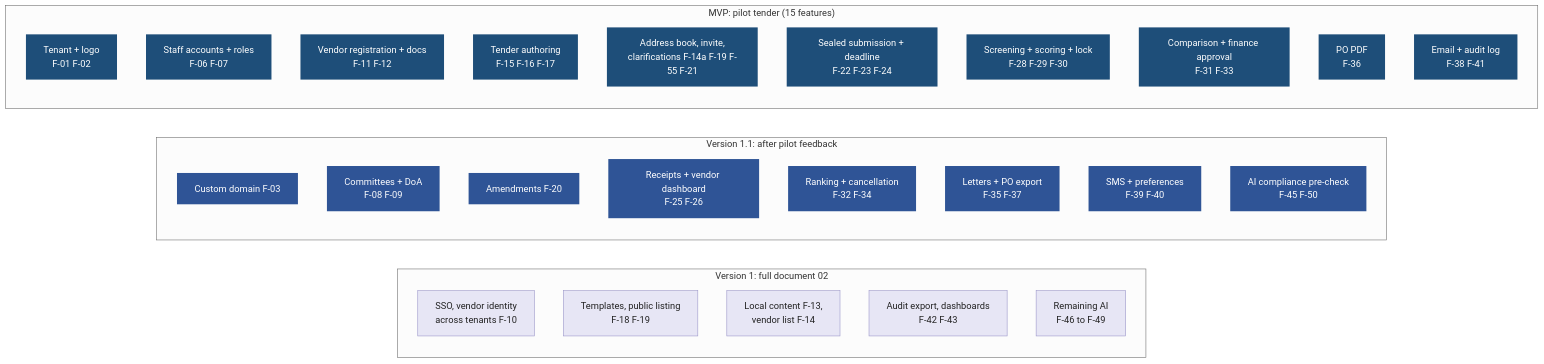
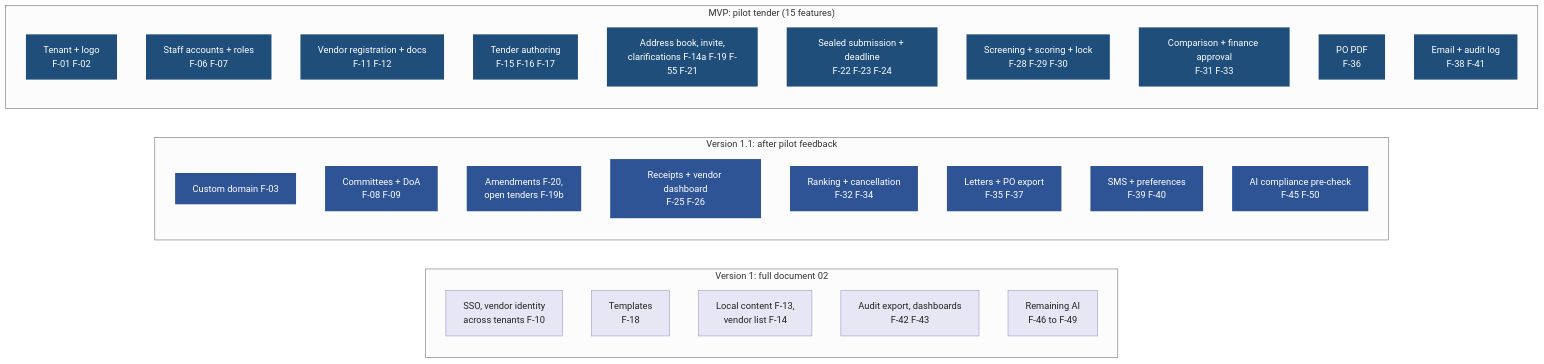
Before and after one commit to AhmedAssaf/ERP: the first of 2 diagrams in docs/05-mvp-scope.md, drawn with Mermaid (neutral theme). The commit also changed other lines of this file and 2 other files, not shown here.

Commit message:
Define open versus invited tenders (F-19) and add F-19b public listing

````diff
--- a/docs/05-mvp-scope.md
+++ b/docs/05-mvp-scope.md
@@ -17,41 +17,41 @@
 ```mermaid
 flowchart LR
     classDef mvp fill:#1E4E79,color:#fff,stroke:none
     classDef next fill:#2F5496,color:#fff,stroke:none
     classDef v1 fill:#E7E6F5,color:#222,stroke:#9B96C9
 
     subgraph R3["Version 1: full document 02"]
         direction TB
         C1[SSO, vendor identity<br/>across tenants F-10]:::v1
-        C2[Templates, public listing<br/>F-18 F-19]:::v1
+        C2[Templates<br/>F-18]:::v1
         C3[Local content F-13,<br/>vendor list F-14]:::v1
         C4[Audit export, dashboards<br/>F-42 F-43]:::v1
         C5[Remaining AI<br/>F-46 to F-49]:::v1
     end
 
     subgraph R2["Version 1.1: after pilot feedback"]
         direction TB
         B1[Custom domain F-03]:::next
         B2[Committees + DoA<br/>F-08 F-09]:::next
-        B3[Amendments F-20]:::next
+        B3[Amendments F-20,<br/>open tenders F-19b]:::next
         B4[Receipts + vendor dashboard<br/>F-25 F-26]:::next
         B5[Ranking + cancellation<br/>F-32 F-34]:::next
         B6[Letters + PO export<br/>F-35 F-37]:::next
         B7[SMS + preferences<br/>F-39 F-40]:::next
         B8[AI compliance pre-check<br/>F-45 F-50]:::next
     end
 
     subgraph R1["MVP: pilot tender (15 features)"]
         direction TB
         A1[Tenant + logo<br/>F-01 F-02]:::mvp
         A2[Staff accounts + roles<br/>F-06 F-07]:::mvp
         A3[Vendor registration + docs<br/>F-11 F-12]:::mvp
         A4[Tender authoring<br/>F-15 F-16 F-17]:::mvp
         A5[Address book, invite,<br/>clarifications F-14a F-19 F-55 F-21]:::mvp
         A6[Sealed submission + deadline<br/>F-22 F-23 F-24]:::mvp
         A7[Screening + scoring + lock<br/>F-28 F-29 F-30]:::mvp
         A8[Comparison + finance approval<br/>F-31 F-33]:::mvp
         A9[PO PDF<br/>F-36]:::mvp
         A10[Email + audit log<br/>F-38 F-41]:::mvp
     end
 ```
````
